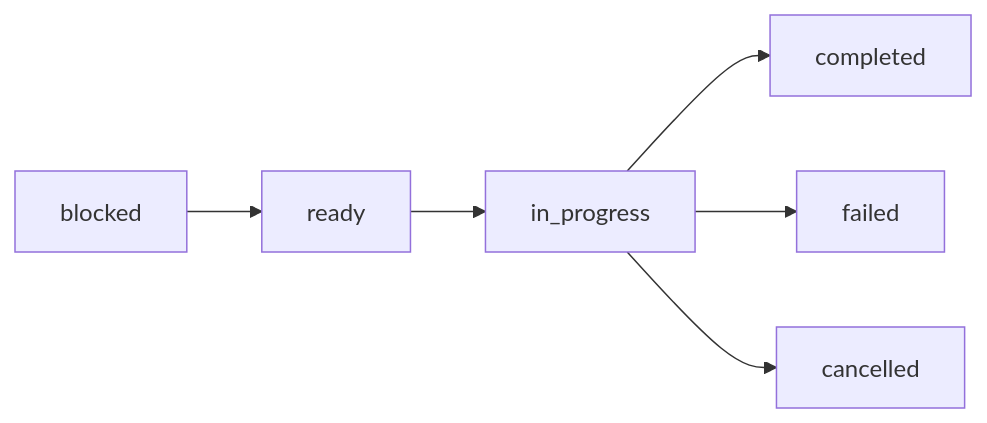
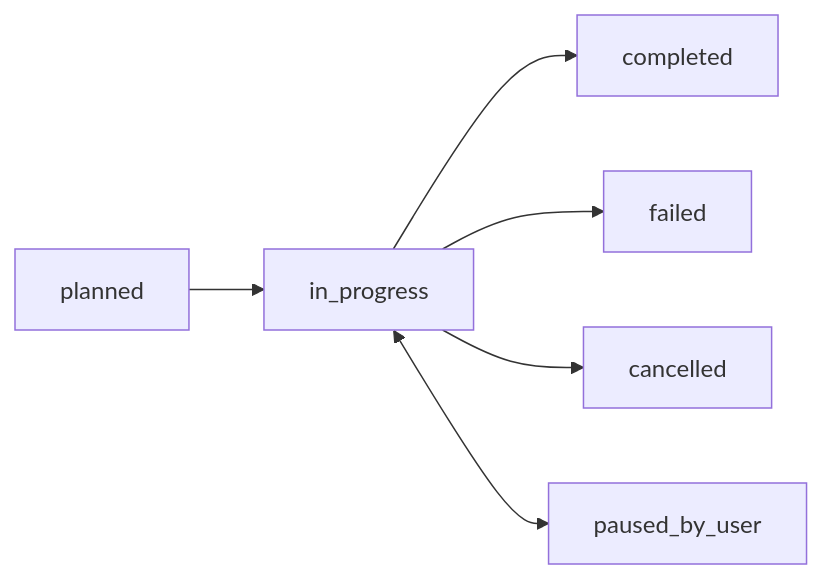
The diagram in tasks.mdx (quadrillion-labs/docs), drawn with Mermaid before and after one commit. The commit also changed other lines of this file and 26 other files, not shown here.

````diff
--- a/tasks.mdx
+++ b/tasks.mdx
@@ -24,8 +24,8 @@
 ```mermaid
 flowchart LR
-    blocked --> ready
-    ready --> in_progress
+    planned --> in_progress
     in_progress --> completed
     in_progress --> failed
     in_progress --> cancelled
+    in_progress <--> paused_by_user
 ```
````
